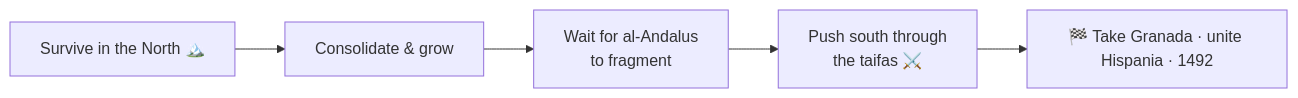
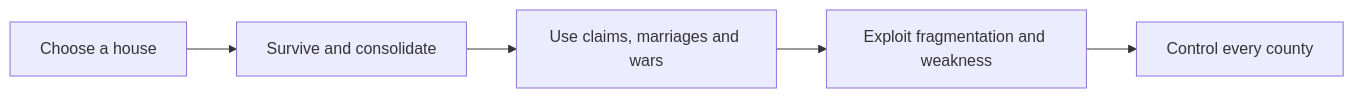
The second of 2 diagrams in content/world/The Geography of Hispania.md (kroryan/Quartz-HispaniaBeta), drawn with Mermaid before and after one commit. The commit also changed other lines of this file and 35 other files, not shown here.

````diff
--- a/content/world/The Geography of Hispania.md
+++ b/content/world/The Geography of Hispania.md
@@ -39,7 +44,7 @@
 ```mermaid
 flowchart LR
-    A[Survive in the North 🏔️] --> B[Consolidate & grow]
-    B --> C[Wait for al-Andalus<br/>to fragment]
-    C --> D[Push south through<br/>the taifas ⚔️]
-    D --> E[🏁 Take Granada · unite Hispania · 1492]
+    A[Choose a house] --> B[Survive and consolidate]
+    B --> C[Use claims, marriages and wars]
+    C --> D[Exploit fragmentation and weakness]
+    D --> E[Control every county]
 ```
````
